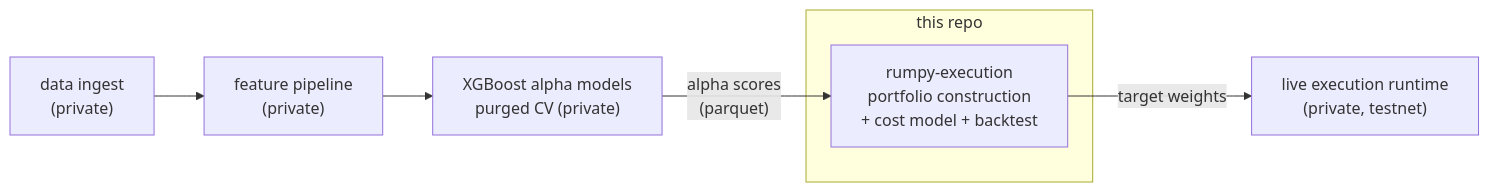
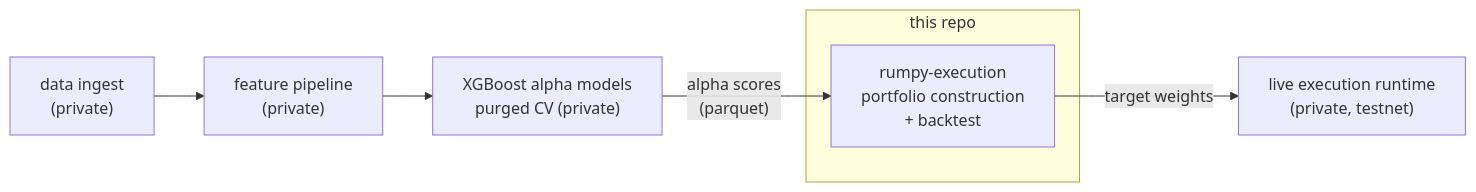
One commit to rux-eth/rumpy-execution changed the first of 2 diagrams in README.md. Above: the diagram before and after it, drawn with Mermaid. The commit also changed other lines of this file and 1 other file, not shown here.

````diff
--- a/README.md
+++ b/README.md
@@ -9,10 +9,10 @@
 ```mermaid
 flowchart LR
     ING["data ingest<br/>(private)"] --> FEAT["feature pipeline<br/>(private)"]
     FEAT --> ML["XGBoost alpha models<br/>purged CV (private)"]
     ML -->|"alpha scores<br/>(parquet)"| EXEC
     subgraph PUB["this repo"]
-        EXEC["rumpy-execution<br/>portfolio construction<br/>+ cost model + backtest"]
+        EXEC["rumpy-execution<br/>portfolio construction<br/>+ backtest"]
     end
     EXEC -->|"target weights"| LIVE["live execution runtime<br/>(private, testnet)"]
 ```
````
